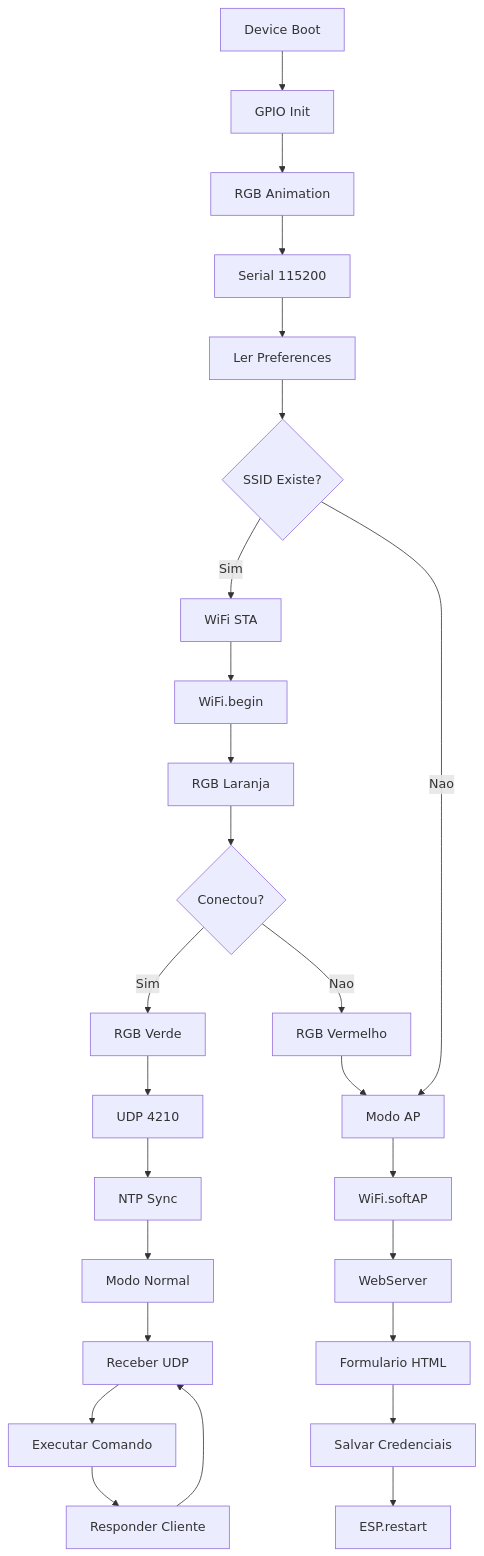
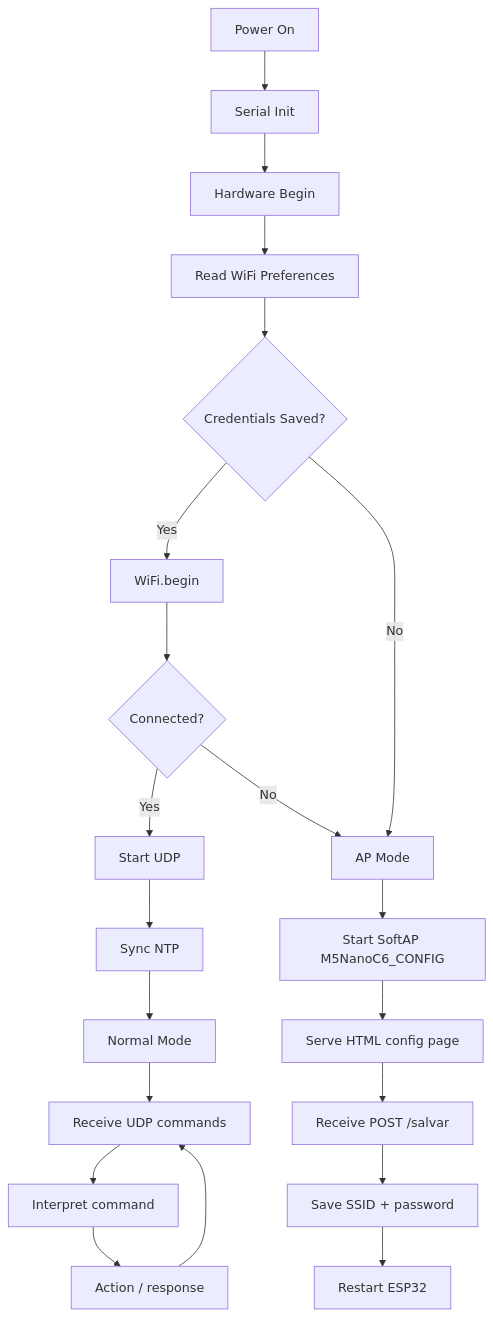
One commit to paulocfmarques-collab/M5NanoC6_wifi changed the first of 3 diagrams in README.md. Above: the diagram before and after it, drawn with Mermaid. The commit also changed other lines of this file, not shown here.

Commit message:
Update README to reflect current modular project structure, commands, and features

````diff
--- a/README.md
+++ b/README.md
@@ -384,38 +61,28 @@
 ```mermaid
 flowchart TD
+    A[Power On] --> B[Serial Init]
+    B --> C[Hardware Begin]
+    C --> D[Read WiFi Preferences]
+    D --> E{Credentials Saved?}
 
-    A[Device Boot]
-    A --> B[GPIO Init]
-    B --> C[RGB Animation]
-    C --> D[Serial 115200]
-    D --> E[Ler Preferences]
+    E -->|Yes| F[WiFi.begin]
+    F --> G{Connected?}
+    G -->|Yes| H[Start UDP]
+    H --> I[Sync NTP]
+    I --> J[Normal Mode]
 
-    E --> F{SSID Existe?}
+    G -->|No| K[AP Mode]
 
-    F -->|Sim| G[WiFi STA]
-    G --> H[WiFi.begin]
-    H --> I[RGB Laranja]
+    E -->|No| K
 
-    I --> J{Conectou?}
+    K --> L[Start SoftAP M5NanoC6_CONFIG]
+    L --> M[Serve HTML config page]
+    M --> N[Receive POST /salvar]
+    N --> O[Save SSID + password]
+    O --> P[Restart ESP32]
 
-    J -->|Sim| K[RGB Verde]
-    K --> L[UDP 4210]
-    L --> M[NTP Sync]
-    M --> N[Modo Normal]
-
-    J -->|Nao| O[RGB Vermelho]
-    O --> P[Modo AP]
-
-    F -->|Nao| P
-
-    P --> Q[WiFi.softAP]
-    Q --> R[WebServer]
-    R --> S[Formulario HTML]
-    S --> T[Salvar Credenciais]
-    T --> U[ESP.restart]
-
-    N --> V[Receber UDP]
-    V --> W[Executar Comando]
-    W --> X[Responder Cliente]
-    X --> V
+    J --> Q[Receive UDP commands]
+    Q --> R[Interpret command]
+    R --> S[Action / response]
+    S --> Q
 ```
````
